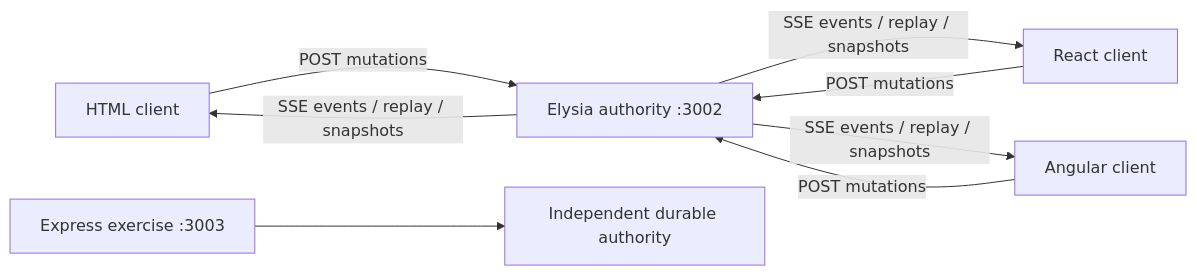
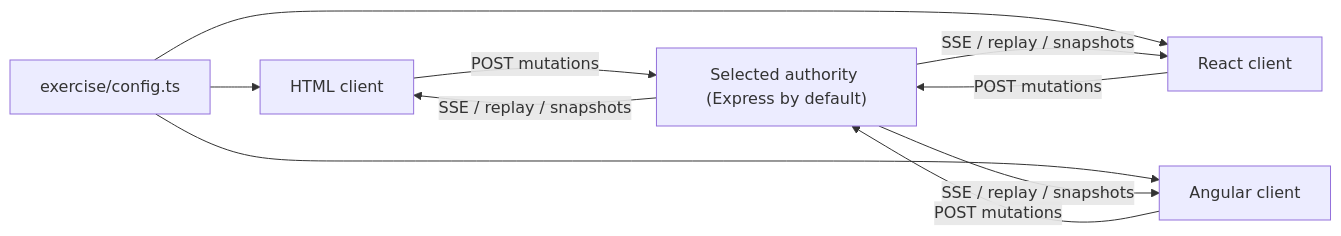
Before and after one commit to IADev-Channel/zuno: the diagram in docs/operations.md, drawn with Mermaid. The commit also changed other lines of this file and 14 other files, not shown here.

Commit message:
docs: document milestone 10 durable authority

````diff
--- a/docs/operations.md
+++ b/docs/operations.md
@@ -19,10 +18,12 @@
 ```mermaid
 flowchart LR
-  HTML["HTML client"] -->|POST mutations| E["Elysia authority :3002"]
-  React["React client"] -->|POST mutations| E
-  Angular["Angular client"] -->|POST mutations| E
-  E -->|SSE events / replay / snapshots| HTML
-  E -->|SSE events / replay / snapshots| React
-  E -->|SSE events / replay / snapshots| Angular
-  Express["Express exercise :3003"] --> Own["Independent durable authority"]
+  Config["exercise/config.ts"] --> HTML["HTML client"]
+  Config --> React["React client"]
+  Config --> Angular["Angular client"]
+  HTML -->|POST mutations| Authority["Selected authority (Express by default)"]
+  React -->|POST mutations| Authority
+  Angular -->|POST mutations| Authority
+  Authority -->|SSE / replay / snapshots| HTML
+  Authority -->|SSE / replay / snapshots| React
+  Authority -->|SSE / replay / snapshots| Angular
 ```
````
